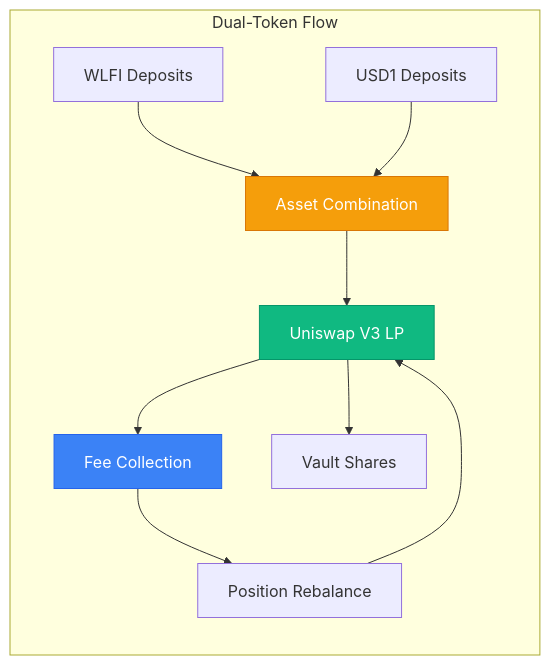
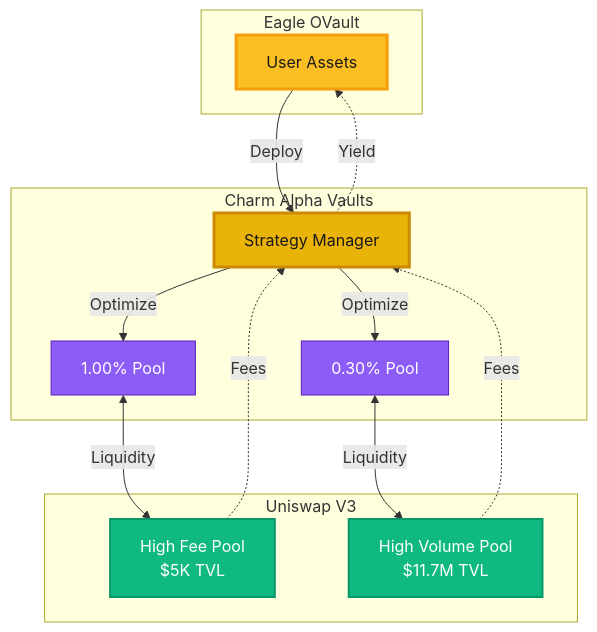
The sixth of 8 diagrams in docs/dev/architecture.md (47-Eagle/docs), drawn with Mermaid before and after one commit. The commit also changed other lines of this file and 222 other files, not shown here.

````diff
--- a/docs/dev/architecture.md
+++ b/docs/dev/architecture.md
@@ -355,24 +255,34 @@
 ```mermaid
-graph LR
-    subgraph "Dual-Token Flow"
-        WLFI_IN[WLFI Deposits] 
-        USD1_IN[USD1 Deposits]
-        COMBINED[Asset Combination]
-        LP_MINT[Uniswap V3 LP]
-        FEES[Fee Collection]
-        REBALANCE[Position Rebalance]
-        SHARES[Vault Shares]
+graph TB
+    subgraph Vault["Eagle OVault"]
+        ASSETS[User Assets]
     end
     
-    WLFI_IN --> COMBINED
-    USD1_IN --> COMBINED
-    COMBINED --> LP_MINT
-    LP_MINT --> FEES
-    FEES --> REBALANCE
-    REBALANCE --> LP_MINT
-    LP_MINT --> SHARES
+    subgraph Charm["Charm Alpha Vaults"]
+        ALPHA[Strategy Manager]
+        POS1[1.00% Pool]
+        POS2[0.30% Pool]
+    end
     
-    style COMBINED fill:#f59e0b,stroke:#d97706,color:#fff
-    style LP_MINT fill:#10b981,stroke:#059669,color:#fff
-    style FEES fill:#3b82f6,stroke:#2563eb,color:#fff
+    subgraph Uniswap["Uniswap V3"]
+        POOL1[High Fee Pool<br/>$5K TVL]
+        POOL2[High Volume Pool<br/>$11.7M TVL]
+    end
+    
+    ASSETS -->|Deploy| ALPHA
+    ALPHA -->|Optimize| POS1
+    ALPHA -->|Optimize| POS2
+    POS1 <-->|Liquidity| POOL1
+    POS2 <-->|Liquidity| POOL2
+    
+    POOL1 -.->|Fees| ALPHA
+    POOL2 -.->|Fees| ALPHA
+    ALPHA -.->|Yield| ASSETS
+    
+    style ASSETS fill:#fbbf24,stroke:#f59e0b,stroke-width:3px,color:#1a1a1a
+    style ALPHA fill:#eab308,stroke:#ca8a04,stroke-width:3px,color:#1a1a1a
+    style POOL1 fill:#10b981,stroke:#059669,stroke-width:2px,color:#fff
+    style POOL2 fill:#10b981,stroke:#059669,stroke-width:2px,color:#fff
+    style POS1 fill:#8b5cf6,stroke:#5b21b6,color:#fff
+    style POS2 fill:#8b5cf6,stroke:#5b21b6,color:#fff
 ```
````
